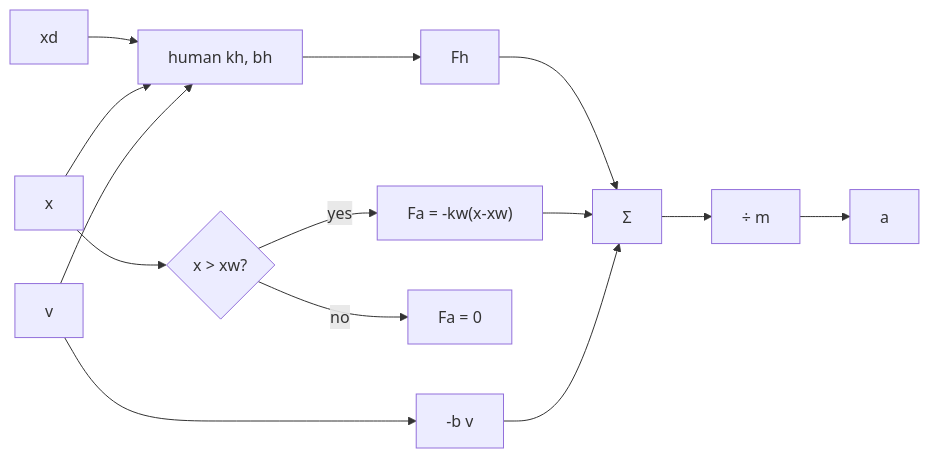
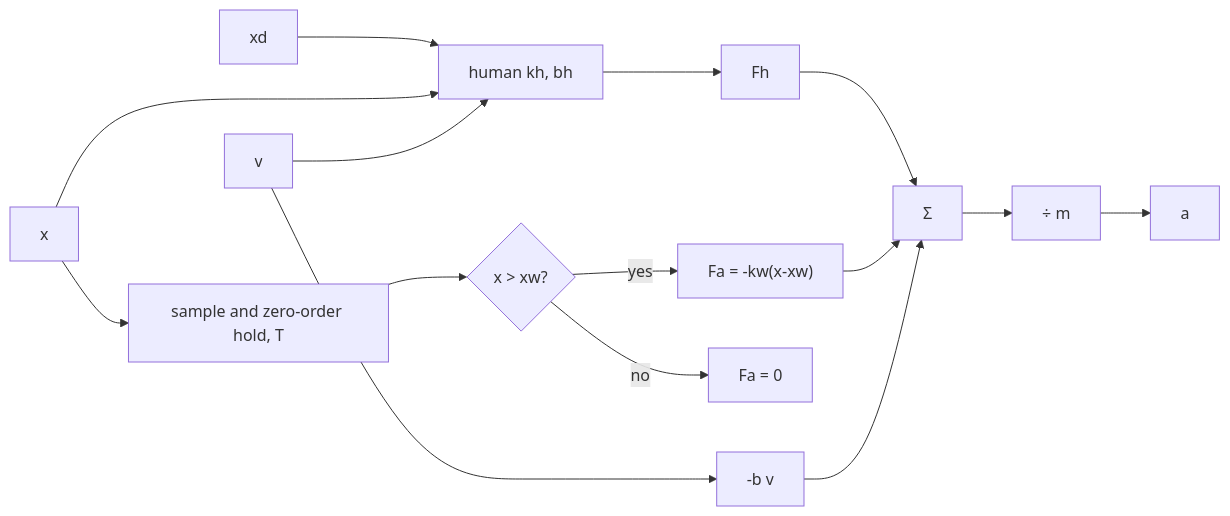
One commit to jiseop-byeon/phd-wiki changed the second of 2 diagrams in content/04-robotics/haptics-teleoperation/rendering-sampling-stability.md. Above: the diagram before and after it, drawn with Mermaid. The commit also changed other lines of this file and 96 other files, not shown here.

````diff
--- a/content/04-robotics/haptics-teleoperation/rendering-sampling-stability.md
+++ b/content/04-robotics/haptics-teleoperation/rendering-sampling-stability.md
@@ -341,16 +342,17 @@
 ```mermaid
 flowchart LR
     Xd["xd"] --> Hum["human kh, bh"]
     X["x"] --> Hum
     V["v"] --> Hum
     Hum --> Fh["Fh"]
-    X --> Sw{"x > xw?"}
+    X --> ZOH["sample and zero-order hold, T"]
+    ZOH --> Sw{"x > xw?"}
     Sw -->|yes| Fa["Fa = -kw(x-xw)"]
     Sw -->|no| Z["Fa = 0"]
     Fh --> Sum["Σ"]
     Fa --> Sum
     V --> Damp["-b v"]
     Damp --> Sum
     Sum --> Inv["÷ m"]
     Inv --> A["a"]
 ```
````
